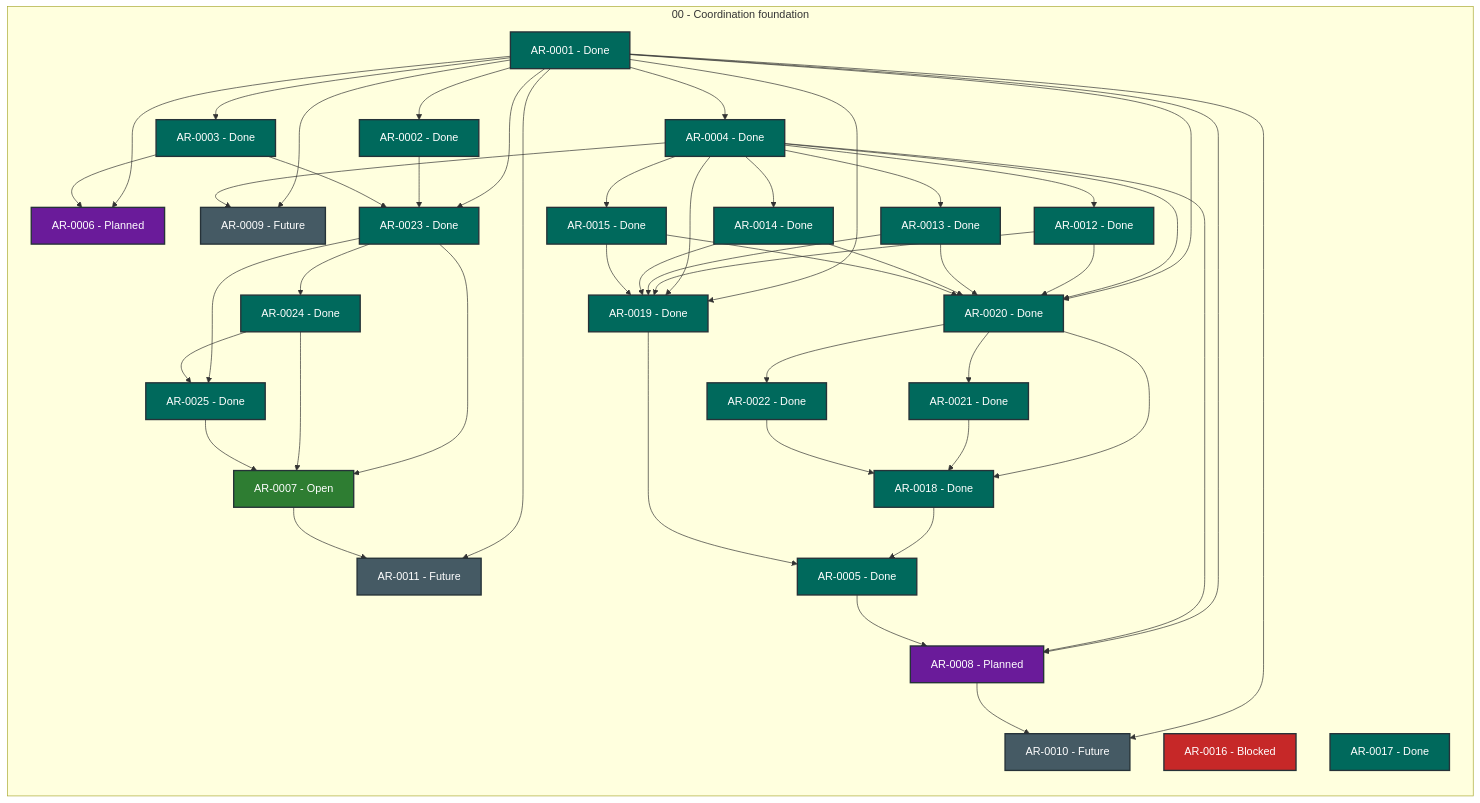
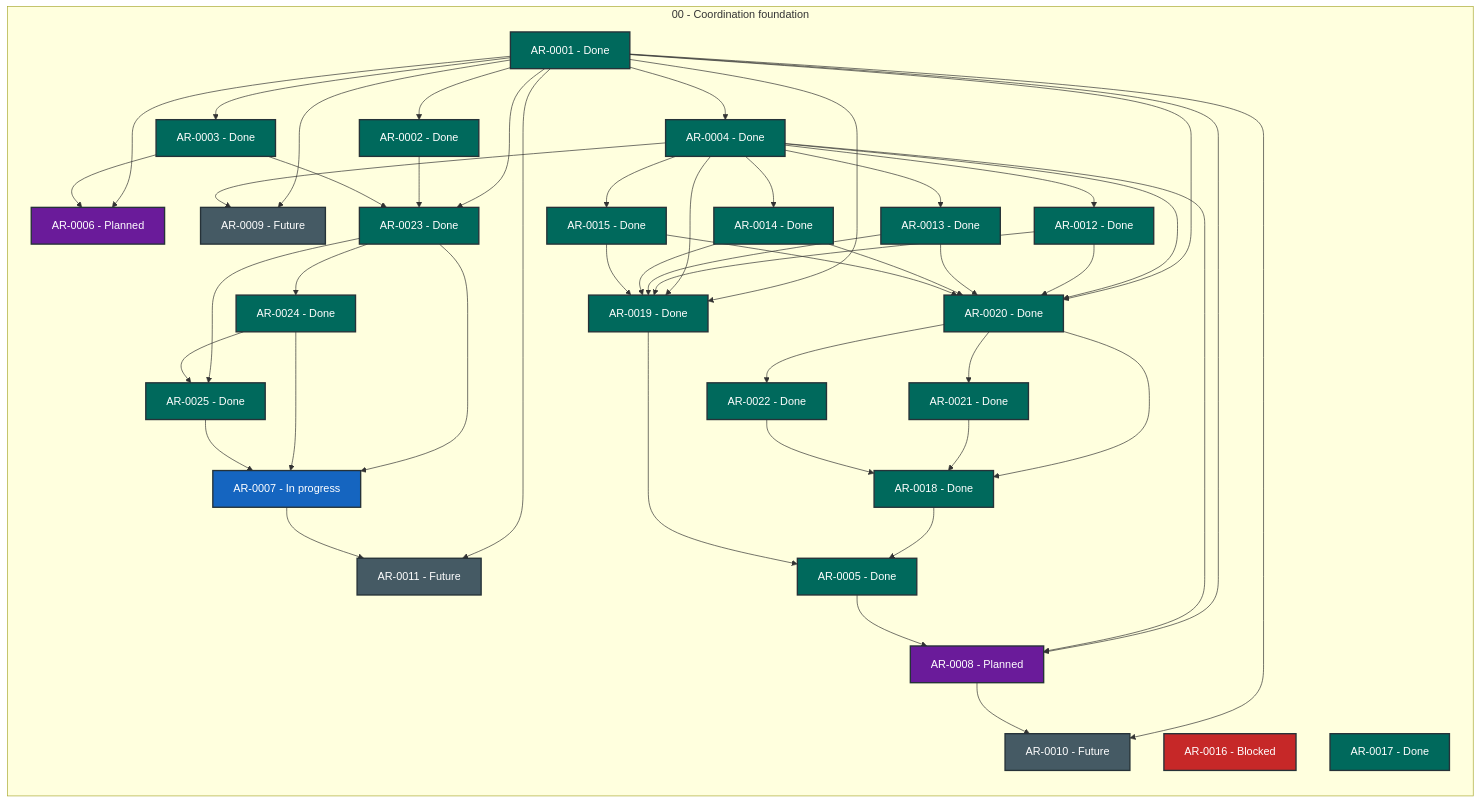
One commit to martin-beck/agent-workflow-quality-state changed the diagram in STATUS.md. Above: the diagram before and after it, drawn with Mermaid. The commit also changed other lines of this file and 2 other files, not shown here.

```diff
--- a/STATUS.md
+++ b/STATUS.md
@@ -34,7 +34,7 @@
         AR_0004["AR-0004 - Done"]:::status_done
         AR_0005["AR-0005 - Done"]:::status_done
         AR_0006["AR-0006 - Planned"]:::status_planned
-        AR_0007["AR-0007 - Open"]:::status_open
+        AR_0007["AR-0007 - In progress"]:::status_in_progress
         AR_0008["AR-0008 - Planned"]:::status_planned
         AR_0009["AR-0009 - Future"]:::status_future
         AR_0010["AR-0010 - Future"]:::status_future
```
